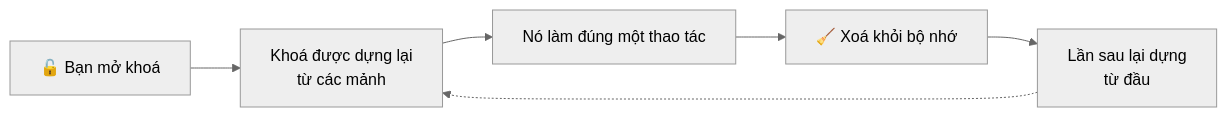
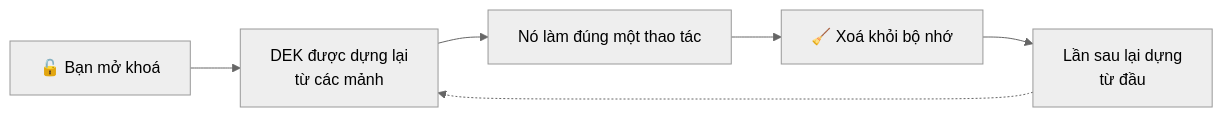
Before and after one commit to TuPhung369/passwordepic-website: the first of 18 diagrams in i18n/vi/docusaurus-plugin-content-docs/current/plain-words.md, drawn with Mermaid (neutral theme). The commit also changed other lines of this file and 22 other files, not shown here.

````diff
--- a/i18n/vi/docusaurus-plugin-content-docs/current/plain-words.md
+++ b/i18n/vi/docusaurus-plugin-content-docs/current/plain-words.md
@@ -37,8 +41,8 @@
 ```mermaid
 flowchart LR
-  A["🔓 Bạn mở khoá"] --> B["Khoá được dựng lại<br/>từ các mảnh"]
+  A["🔓 Bạn mở khoá"] --> B["DEK được dựng lại<br/>từ các mảnh"]
   B --> C["Nó làm đúng một thao tác"]
   C --> D["🧹 Xoá khỏi bộ nhớ"]
   D --> E["Lần sau lại dựng<br/>từ đầu"]
   E -.-> B
 ```
````
